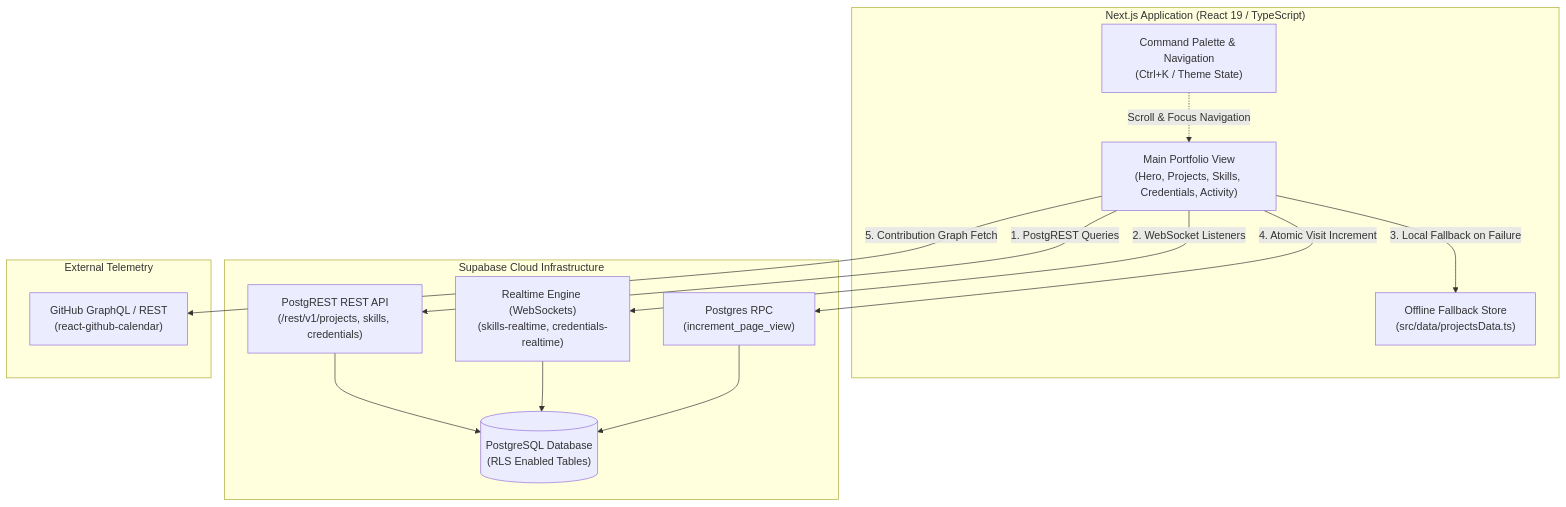
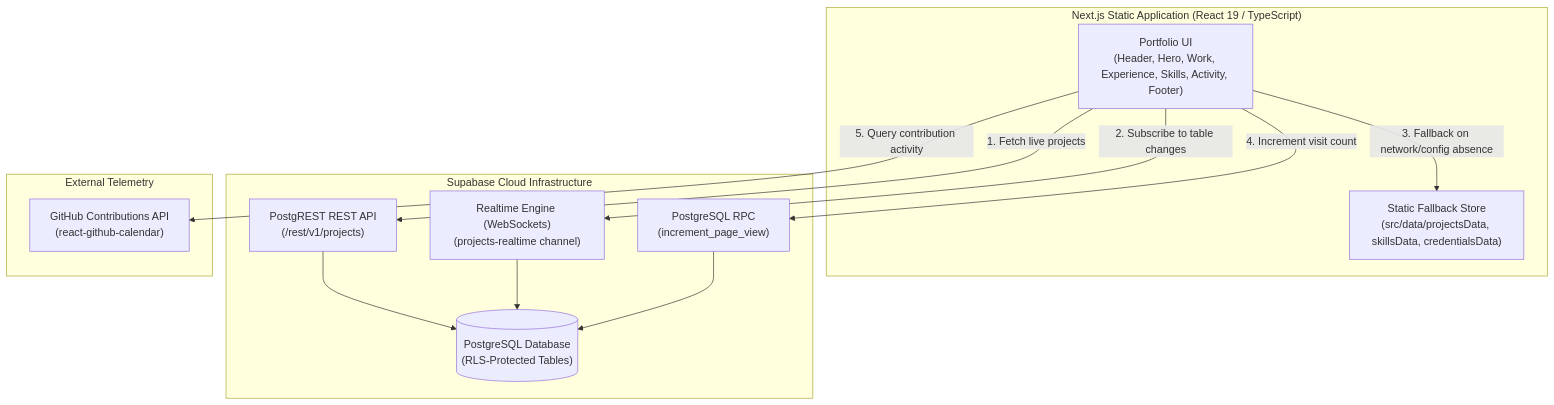
Before and after one commit to 0xriyoru/esperon-portfolio: the diagram in README.md, drawn with Mermaid. The commit also changed other lines of this file and 40 other files, not shown here.

````diff
--- a/README.md
+++ b/README.md
@@ -92,30 +98,28 @@
 ```mermaid
 flowchart TD
-    subgraph Client["Next.js Application (React 19 / TypeScript)"]
-        UI["Main Portfolio View<br/>(Hero, Projects, Skills, Credentials, Activity)"]
-        Store["Offline Fallback Store<br/>(src/data/projectsData.ts)"]
-        Palette["Command Palette & Navigation<br/>(Ctrl+K / Theme State)"]
+    subgraph Client["Next.js Static Application (React 19 / TypeScript)"]
+        UI["Portfolio UI<br/>(Header, Hero, Work, Experience, Skills, Activity, Footer)"]
+        Fallback["Static Fallback Store<br/>(src/data/projectsData, skillsData, credentialsData)"]
     end
 
     subgraph Supabase["Supabase Cloud Infrastructure"]
-        PostgREST["PostgREST REST API<br/>(/rest/v1/projects, skills, credentials)"]
-        Realtime["Realtime Engine (WebSockets)<br/>(skills-realtime, credentials-realtime)"]
-        RPC["Postgres RPC<br/>(increment_page_view)"]
-        DB[("PostgreSQL Database<br/>(RLS Enabled Tables)")]
+        PostgREST["PostgREST REST API<br/>(/rest/v1/projects)"]
+        Realtime["Realtime Engine (WebSockets)<br/>(projects-realtime channel)"]
+        RPC["PostgreSQL RPC<br/>(increment_page_view)"]
+        DB[("PostgreSQL Database<br/>(RLS-Protected Tables)")]
     end
 
     subgraph External["External Telemetry"]
-        GitHub["GitHub GraphQL / REST<br/>(react-github-calendar)"]
+        GH["GitHub Contributions API<br/>(react-github-calendar)"]
     end
 
-    UI -->|1. PostgREST Queries| PostgREST
-    UI -->|2. WebSocket Listeners| Realtime
-    UI -->|3. Local Fallback on Failure| Store
-    UI -->|4. Atomic Visit Increment| RPC
-    UI -->|5. Contribution Graph Fetch| GitHub
-    Palette -.->|Scroll & Focus Navigation| UI
+    UI -->|1. Fetch live projects| PostgREST
+    UI -->|2. Subscribe to table changes| Realtime
+    UI -->|3. Fallback on network/config absence| Fallback
+    UI -->|4. Increment visit count| RPC
+    UI -->|5. Query contribution activity| GH
 
     PostgREST --> DB
     Realtime --> DB
     RPC --> DB
 ```
````
